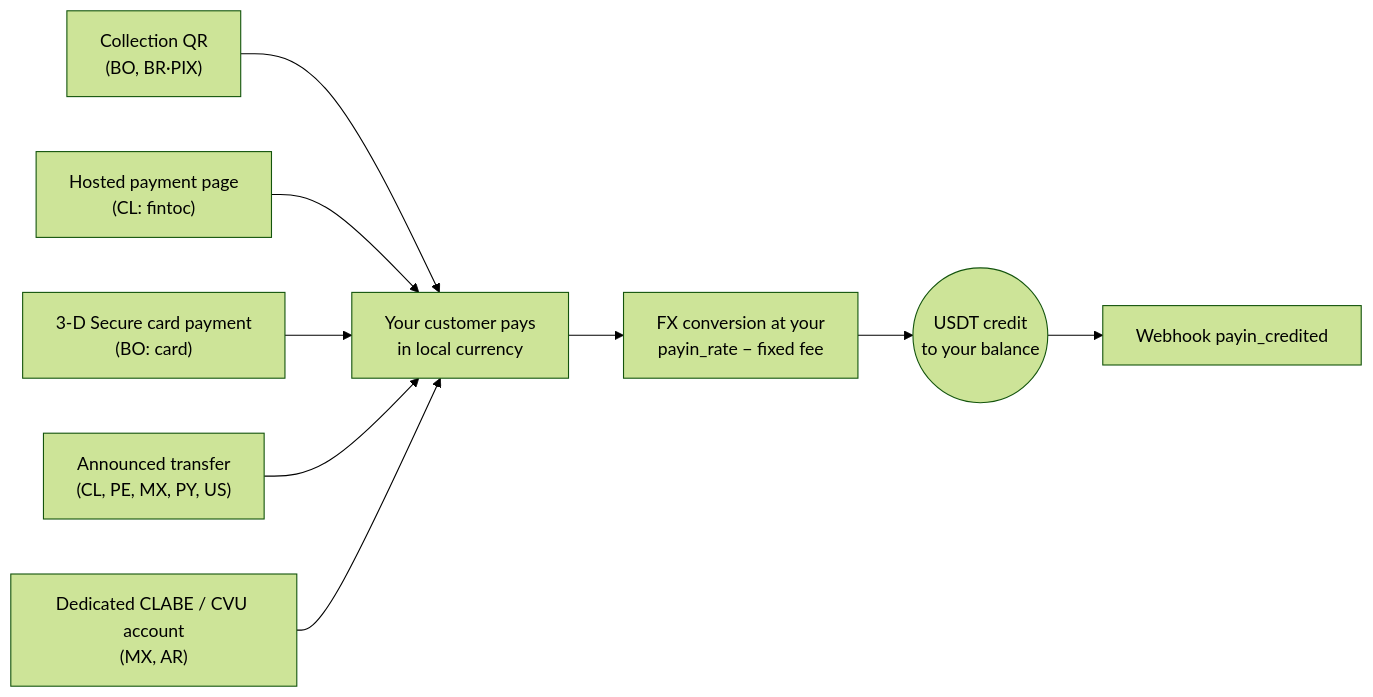
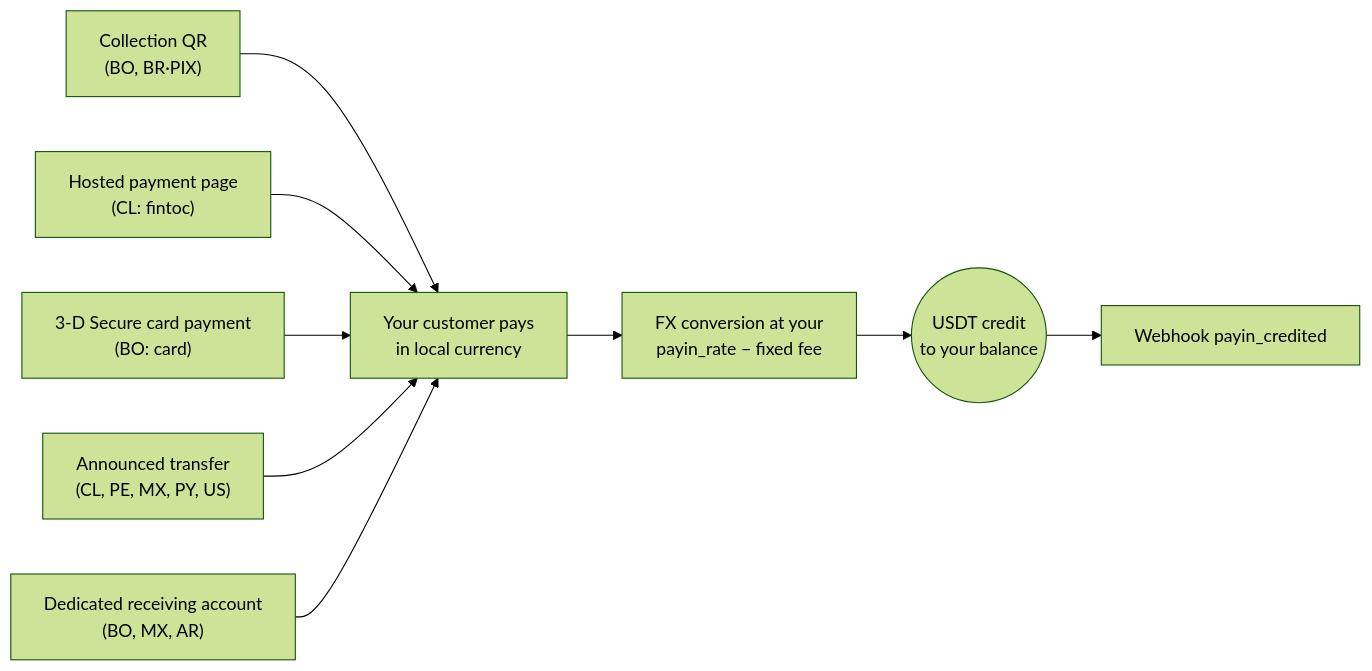
The diagram in en/guides/payins.mdx (CBpayapp/cbpay-docs), drawn with Mermaid (forest theme) before and after one commit. The commit also changed other lines of this file and 38 other files, not shown here.

````diff
--- a/en/guides/payins.mdx
+++ b/en/guides/payins.mdx
@@ -19,11 +19,11 @@
 ```mermaid
 flowchart LR
     qr["Collection QR<br/>(BO, BR·PIX)"] --> pay["Your customer pays<br/>in local currency"]
     hosted["Hosted payment page<br/>(CL: fintoc)"] --> pay
     card["3-D Secure card payment<br/>(BO: card)"] --> pay
     announced["Announced transfer<br/>(CL, PE, MX, PY, US)"] --> pay
-    clabe["Dedicated CLABE / CVU account<br/>(MX, AR)"] --> pay
+    clabe["Dedicated receiving account<br/>(BO, MX, AR)"] --> pay
     pay --> conv["FX conversion at your<br/>payin_rate − fixed fee"]
     conv --> credit(("USDT credit<br/>to your balance"))
     credit --> wh["Webhook payin_credited"]
 ```
````
